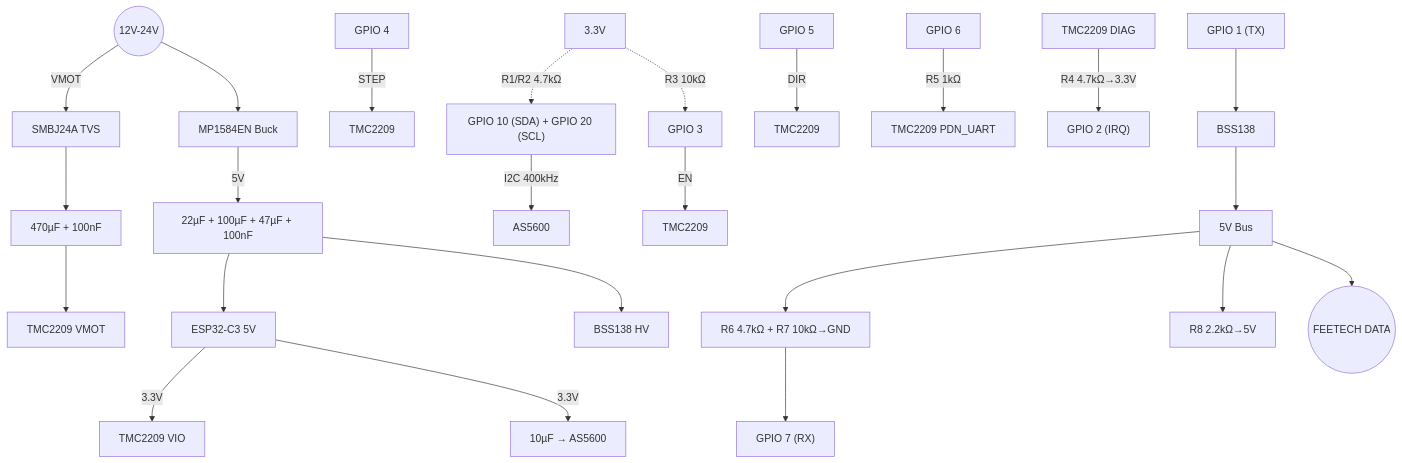
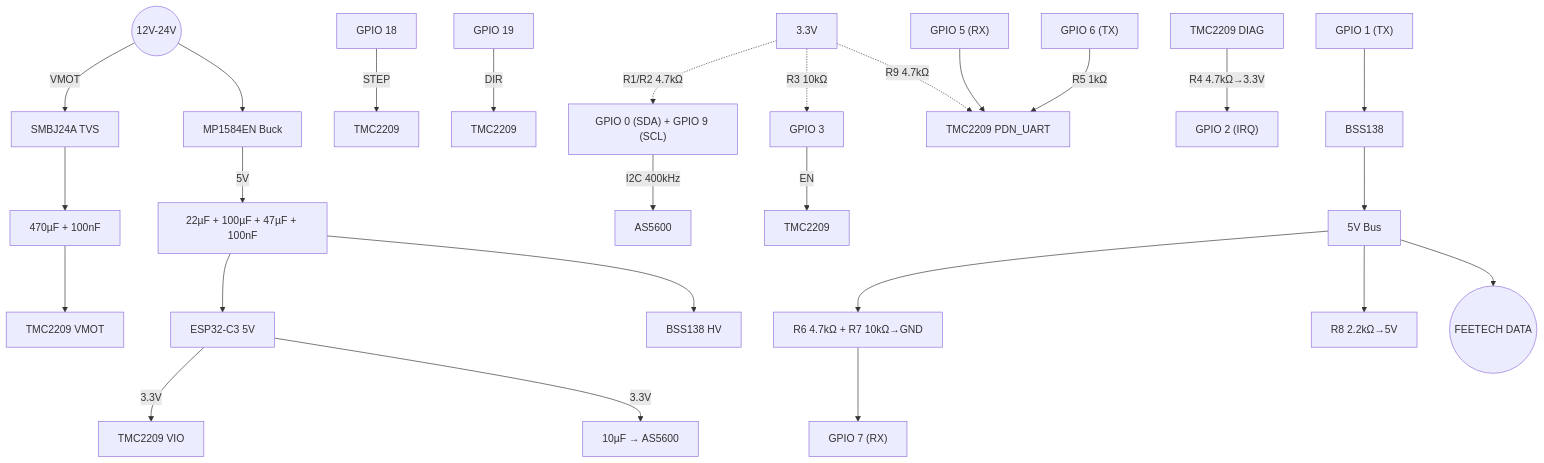
Before and after one commit to pfeifferandreas1985-create/SmartServoStepperV2: the diagram in docs/01_PCB_Wiring_Schematic.md, drawn with Mermaid. The commit also changed other lines of this file, not shown here.

Commit message:
DOCS: Updated master schematic to v2.0 Verified with final protection circuit details

````diff
--- a/docs/01_PCB_Wiring_Schematic.md
+++ b/docs/01_PCB_Wiring_Schematic.md
@@ -123,38 +127,40 @@
 ```mermaid
 graph TD
     %% Power
     PSU((12V-24V)) -->|VMOT| TVS[SMBJ24A TVS]
     TVS --> C_VMOT[470µF + 100nF]
     C_VMOT --> TMC_VM[TMC2209 VMOT]
     PSU --> BUCK[MP1584EN Buck]
     BUCK -->|5V| C_5V[22µF + 100µF + 47µF + 100nF]
     C_5V --> ESP[ESP32-C3 5V]
     C_5V --> SHIFT[BSS138 HV]
 
     %% 3.3V
     ESP -->|3.3V| TMC_VIO[TMC2209 VIO]
     ESP -->|3.3V| C_AS[10µF → AS5600]
 
     %% I2C
-    ESP_I2C["GPIO 10 (SDA) + GPIO 20 (SCL)"] -->|I2C 400kHz| AS5600
+    ESP_I2C["GPIO 0 (SDA) + GPIO 9 (SCL)"] -->|I2C 400kHz| AS5600
     3V3[3.3V] -.->|R1/R2 4.7kΩ| ESP_I2C
 
     %% TMC Control
-    ESP4["GPIO 4"] -->|STEP| TMC_STEP[TMC2209]
-    ESP5["GPIO 5"] -->|DIR| TMC_DIR[TMC2209]
+    ESP18["GPIO 18"] -->|STEP| TMC_STEP[TMC2209]
+    ESP19["GPIO 19"] -->|DIR| TMC_DIR[TMC2209]
     ESP3["GPIO 3"] -->|EN| TMC_EN[TMC2209]
     3V3 -.->|R3 10kΩ| ESP3
 
-    %% TMC UART
-    ESP6["GPIO 6"] -->|R5 1kΩ| TMC_UART["TMC2209 PDN_UART"]
+    %% TMC UART (Two-Wire Strategy)
+    ESP5["GPIO 5 (RX)"] --> TMC_UART["TMC2209 PDN_UART"]
+    ESP6["GPIO 6 (TX)"] -->|R5 1kΩ| TMC_UART
+    3V3 -.->|R9 4.7kΩ| TMC_UART
 
     %% TMC DIAG
     TMC_DIAG["TMC2209 DIAG"] -->|R4 4.7kΩ→3.3V| ESP2["GPIO 2 (IRQ)"]
 
     %% Feetech Bus
     ESP1["GPIO 1 (TX)"] --> SHIFT_TX["BSS138"] --> BUS_5V["5V Bus"]
     BUS_5V --> DIVIDER["R6 4.7kΩ + R7 10kΩ→GND"]
     DIVIDER --> ESP7["GPIO 7 (RX)"]
     BUS_5V --> R8["R8 2.2kΩ→5V"]
     BUS_5V --> FEETECH((FEETECH DATA))
 ```
````
